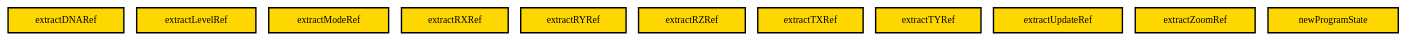
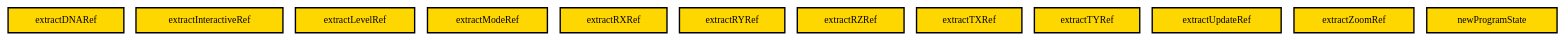
One commit to SamLex/TheCodeOfLife changed the diagram in SourceGraph/graphs/ProgramState.dot. Above: the diagram before and after it, drawn with Graphviz. The commit also changed 28 other files, not shown here.

```diff
--- a/SourceGraph/graphs/ProgramState.dot
+++ b/SourceGraph/graphs/ProgramState.dot
@@ -1,48 +1,52 @@
 digraph "Diagram of: ProgramState" {
     node [margin="0.4,0.1"
          ,style=filled];
     1 [label=extractDNARef
       ,shape=box
       ,fillcolor=gold
       ,style="filled,bold"];
-    2 [label=extractLevelRef
+    2 [label=extractInteractiveRef
       ,shape=box
       ,fillcolor=gold
       ,style="filled,bold"];
-    3 [label=extractModeRef
+    3 [label=extractLevelRef
       ,shape=box
       ,fillcolor=gold
       ,style="filled,bold"];
-    4 [label=extractRXRef
+    4 [label=extractModeRef
       ,shape=box
       ,fillcolor=gold
       ,style="filled,bold"];
-    5 [label=extractRYRef
+    5 [label=extractRXRef
       ,shape=box
       ,fillcolor=gold
       ,style="filled,bold"];
-    6 [label=extractRZRef
+    6 [label=extractRYRef
       ,shape=box
       ,fillcolor=gold
       ,style="filled,bold"];
-    7 [label=extractTXRef
+    7 [label=extractRZRef
       ,shape=box
       ,fillcolor=gold
       ,style="filled,bold"];
-    8 [label=extractTYRef
+    8 [label=extractTXRef
       ,shape=box
       ,fillcolor=gold
       ,style="filled,bold"];
-    9 [label=extractUpdateRef
+    9 [label=extractTYRef
       ,shape=box
       ,fillcolor=gold
       ,style="filled,bold"];
-    10 [label=extractZoomRef
+    10 [label=extractUpdateRef
        ,shape=box
        ,fillcolor=gold
        ,style="filled,bold"];
-    11 [label=newProgramState
+    11 [label=extractZoomRef
+       ,shape=box
+       ,fillcolor=gold
+       ,style="filled,bold"];
+    12 [label=newProgramState
        ,shape=box
        ,fillcolor=gold
        ,style="filled,bold"];
 }
```
